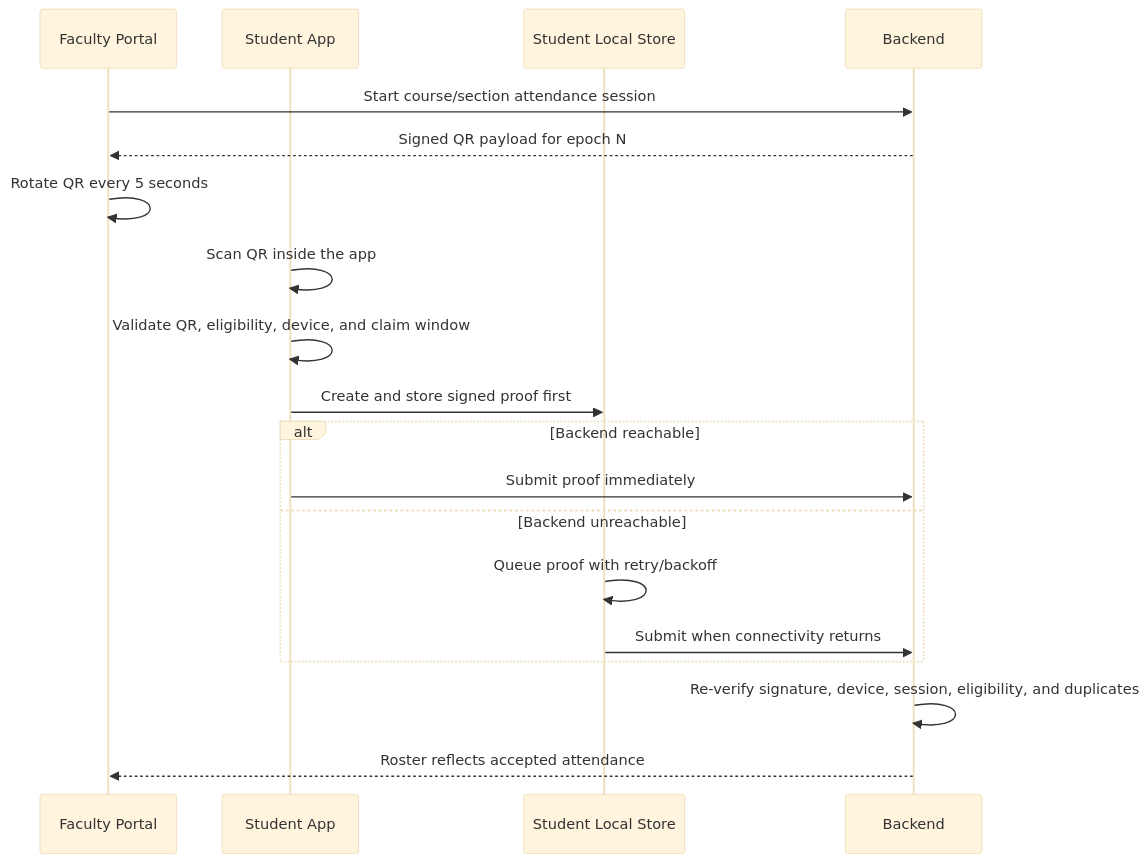
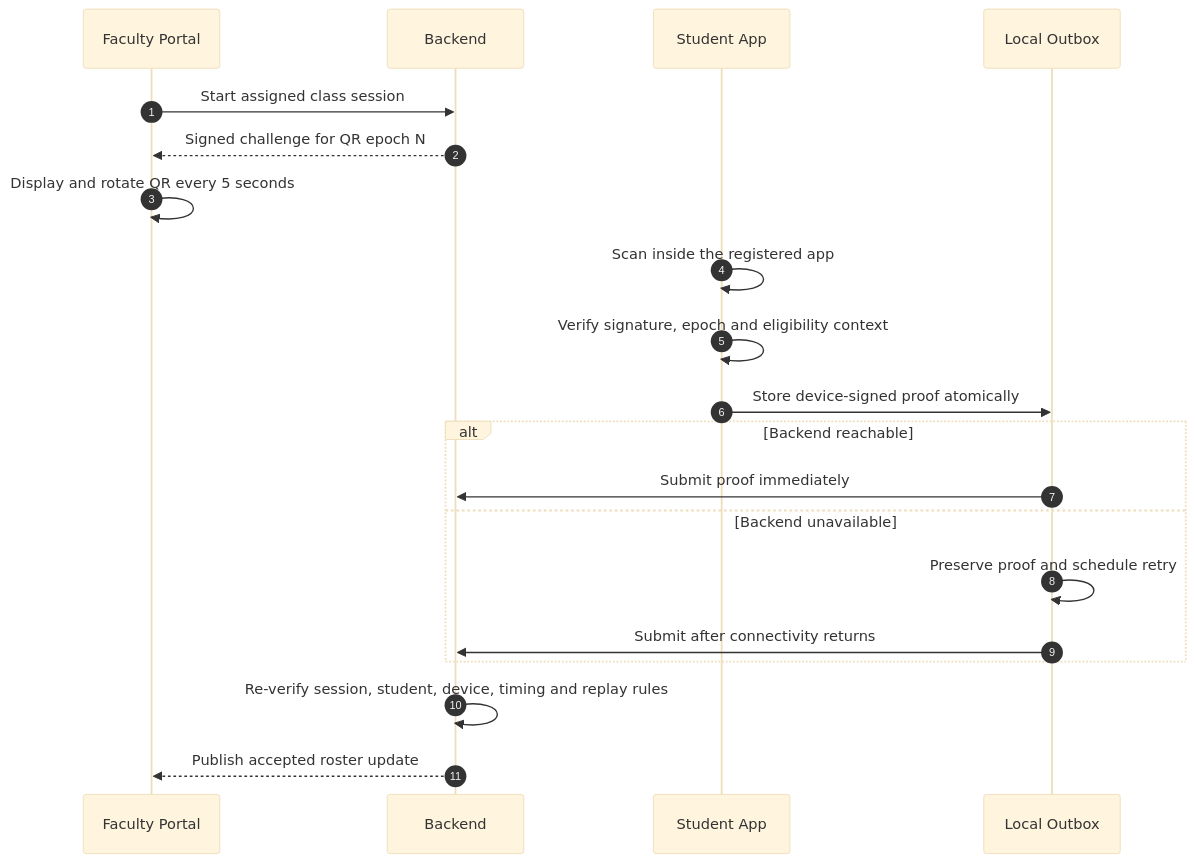
One commit to InsaneCoder789/offlineqr-attendance changed the second of 4 diagrams in README.md. Above: the diagram before and after it, drawn with Mermaid (base theme). The commit also changed other lines of this file and 2 other files, not shown here.

````diff
--- a/README.md
+++ b/README.md
@@ -58,22 +79,23 @@
 ```mermaid
 sequenceDiagram
+    autonumber
     participant F as Faculty Portal
+    participant B as Backend
     participant S as Student App
-    participant L as Student Local Store
-    participant B as Backend
+    participant L as Local Outbox
 
-    F->>B: Start course/section attendance session
-    B-->>F: Signed QR payload for epoch N
-    F->>F: Rotate QR every 5 seconds
-    S->>S: Scan QR inside the app
-    S->>S: Validate QR, eligibility, device, and claim window
-    S->>L: Create and store signed proof first
+    F->>B: Start assigned class session
+    B-->>F: Signed challenge for QR epoch N
+    F->>F: Display and rotate QR every 5 seconds
+    S->>S: Scan inside the registered app
+    S->>S: Verify signature, epoch and eligibility context
+    S->>L: Store device-signed proof atomically
     alt Backend reachable
-        S->>B: Submit proof immediately
-    else Backend unreachable
-        L->>L: Queue proof with retry/backoff
-        L->>B: Submit when connectivity returns
+        L->>B: Submit proof immediately
+    else Backend unavailable
+        L->>L: Preserve proof and schedule retry
+        L->>B: Submit after connectivity returns
     end
-    B->>B: Re-verify signature, device, session, eligibility, and duplicates
-    B-->>F: Roster reflects accepted attendance
+    B->>B: Re-verify session, student, device, timing and replay rules
+    B-->>F: Publish accepted roster update
 ```
````
